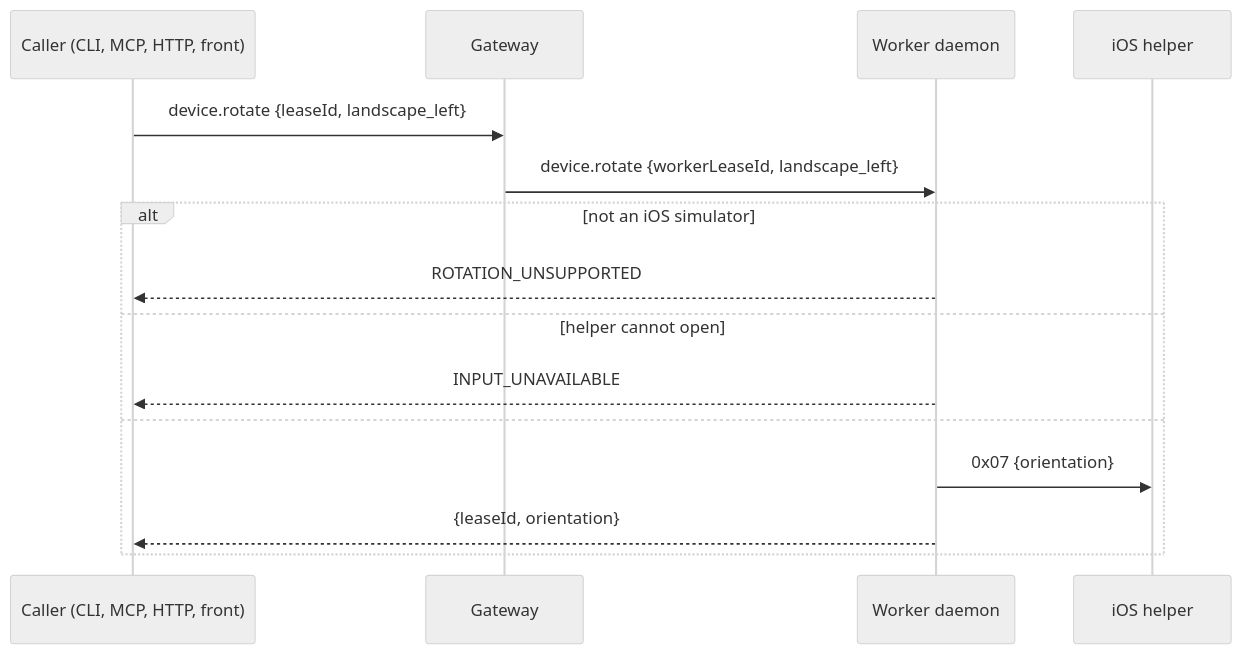
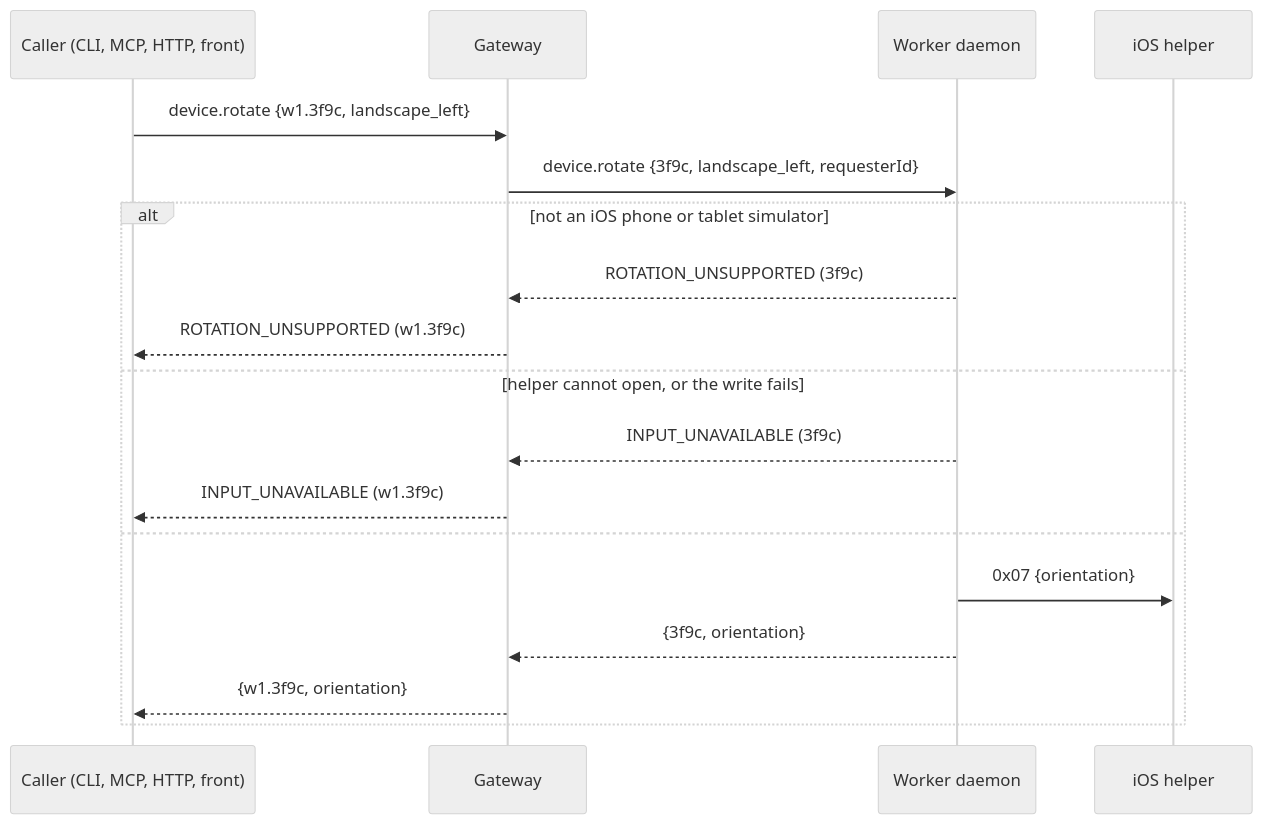
Before and after one commit to callstackincubator/simlock: the second of 2 diagrams in docs/internal/adr/0053-the-daemon-owns-each-leases-device-input.md, drawn with Mermaid (neutral theme). The commit also changed other lines of this file and 1 other file, not shown here.

Commit message:
docs(adr): 0053 cites 0049 §4, awaits the write, rewrites gateway ids

````diff
--- a/docs/internal/adr/0053-the-daemon-owns-each-leases-device-input.md
+++ b/docs/internal/adr/0053-the-daemon-owns-each-leases-device-input.md
@@ -60,17 +74,20 @@
 ```mermaid
 sequenceDiagram
   participant C as Caller (CLI, MCP, HTTP, front)
   participant G as Gateway
   participant W as Worker daemon
   participant H as iOS helper
-  C->>G: device.rotate {leaseId, landscape_left}
-  G->>W: device.rotate {workerLeaseId, landscape_left}
-  alt not an iOS simulator
-    W-->>C: ROTATION_UNSUPPORTED
-  else helper cannot open
-    W-->>C: INPUT_UNAVAILABLE
+  C->>G: device.rotate {w1.3f9c, landscape_left}
+  G->>W: device.rotate {3f9c, landscape_left, requesterId}
+  alt not an iOS phone or tablet simulator
+    W-->>G: ROTATION_UNSUPPORTED (3f9c)
+    G-->>C: ROTATION_UNSUPPORTED (w1.3f9c)
+  else helper cannot open, or the write fails
+    W-->>G: INPUT_UNAVAILABLE (3f9c)
+    G-->>C: INPUT_UNAVAILABLE (w1.3f9c)
   else
     W->>H: 0x07 {orientation}
-    W-->>C: {leaseId, orientation}
+    W-->>G: {3f9c, orientation}
+    G-->>C: {w1.3f9c, orientation}
   end
 ```
````
